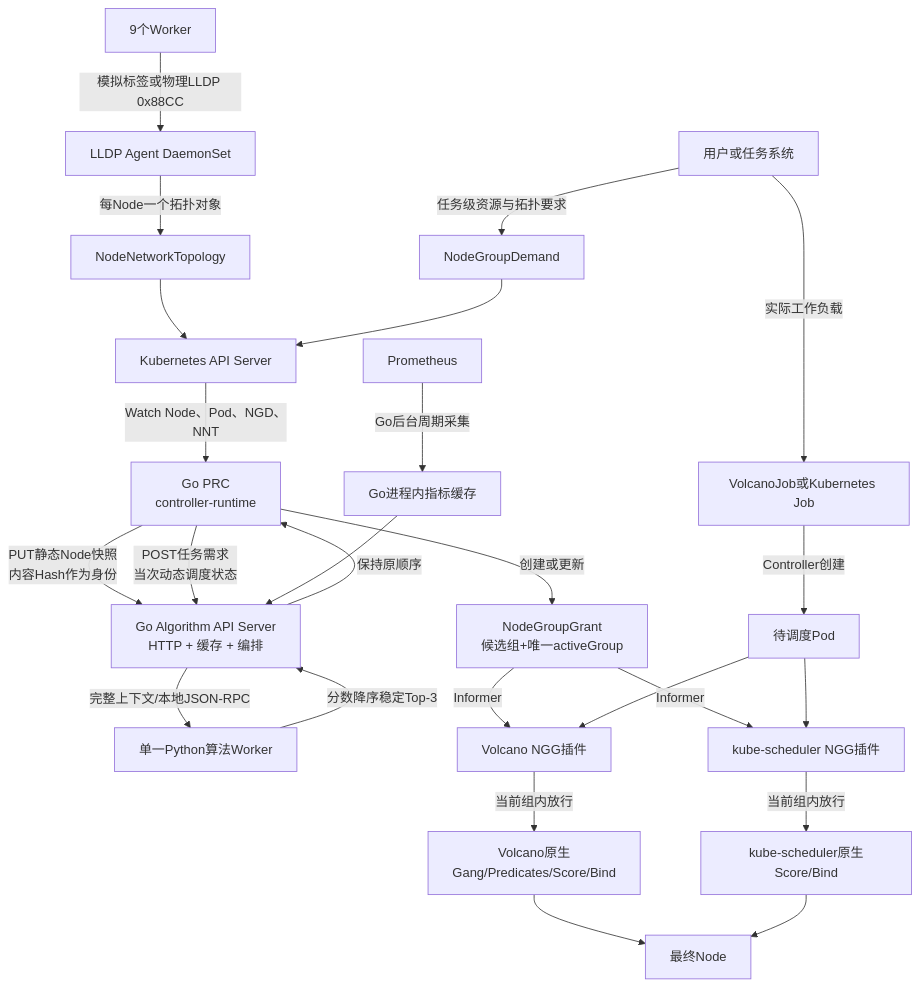
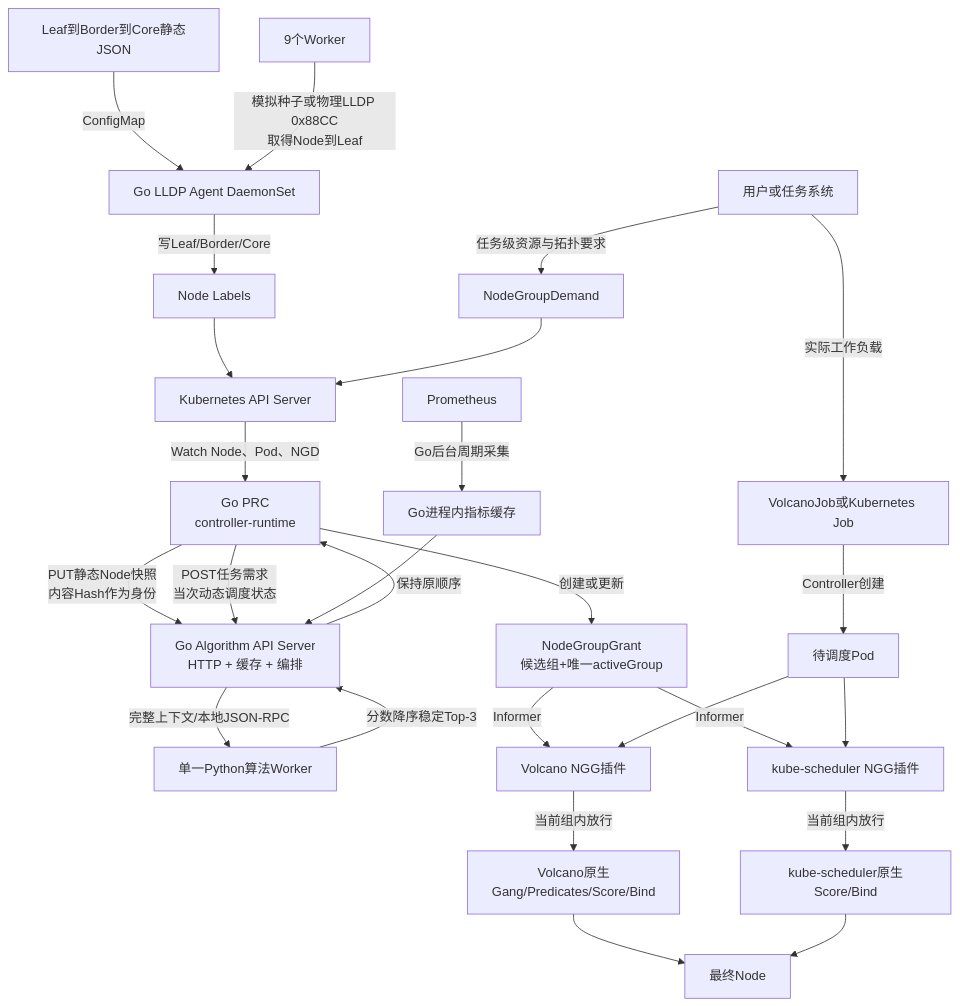
One commit to ghwdsl-38/ngd-ngg-scheduling changed the first of 2 diagrams in docs/从零实现说明.md. Above: the diagram before and after it, drawn with Mermaid. The commit also changed other lines of this file and 23 other files, not shown here.

Commit message:
feat: persist Go LLDP topology in node labels

````diff
--- a/docs/从零实现说明.md
+++ b/docs/从零实现说明.md
@@ -16,30 +16,31 @@
 ```mermaid
 flowchart TB
-    WORKER[9个Worker] -->|模拟标签或物理LLDP 0x88CC| AGENT[LLDP Agent DaemonSet]
-    AGENT -->|每Node一个拓扑对象| NNT[NodeNetworkTopology]
+    STATIC[Leaf到Border到Core静态JSON] -->|ConfigMap| AGENT[Go LLDP Agent DaemonSet]
+    WORKER[9个Worker] -->|模拟种子或物理LLDP 0x88CC<br/>取得Node到Leaf| AGENT
+    AGENT -->|写Leaf/Border/Core| LABEL[Node Labels]
     USER[用户或任务系统] -->|任务级资源与拓扑要求| NGD[NodeGroupDemand]
     USER -->|实际工作负载| JOB[VolcanoJob或Kubernetes Job]
 
-    API[Kubernetes API Server] -->|Watch Node、Pod、NGD、NNT| PRC[Go PRC<br/>controller-runtime]
-    NNT --> API
+    LABEL --> API[Kubernetes API Server]
+    API -->|Watch Node、Pod、NGD| PRC[Go PRC<br/>controller-runtime]
     NGD --> API
     JOB -->|Controller创建| POD[待调度Pod]
 
     PRC -->|PUT静态Node快照<br/>内容Hash作为身份| ALG[Go Algorithm API Server<br/>HTTP + 缓存 + 编排]
     PRC -->|POST任务需求<br/>当次动态调度状态| ALG
     PROM[Prometheus] -->|Go后台周期采集| MCACHE[Go进程内指标缓存]
     MCACHE --> ALG
     ALG -->|完整上下文/本地JSON-RPC| PY[单一Python算法Worker]
     PY -->|分数降序稳定Top-3| ALG
     ALG -->|保持原顺序| PRC
     PRC -->|创建或更新| NGG[NodeGroupGrant<br/>候选组+唯一activeGroup]
 
     NGG -->|Informer| VP[Volcano NGG插件]
     NGG -->|Informer| KP[kube-scheduler NGG插件]
     POD --> VP
     POD --> KP
     VP -->|当前组内放行| VN[Volcano原生Gang/Predicates/Score/Bind]
     KP -->|当前组内放行| KN[kube-scheduler原生Score/Bind]
     VN --> NODE[最终Node]
     KN --> NODE
 ```
````
